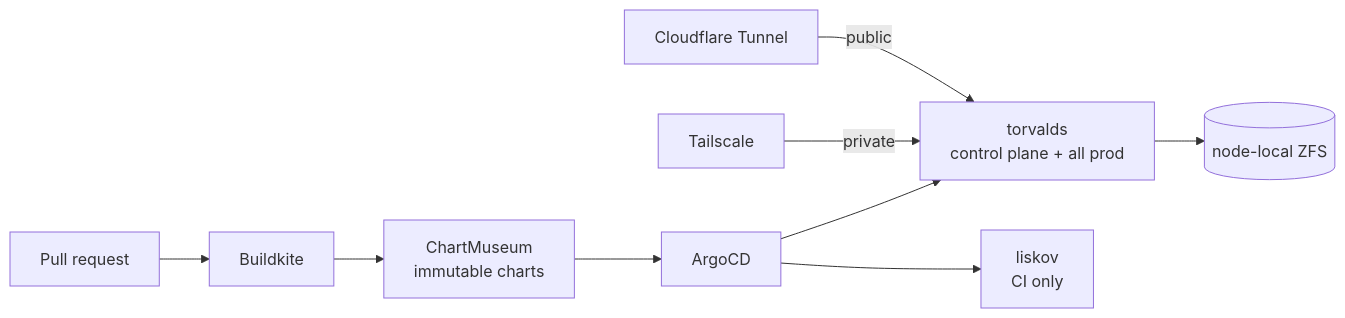
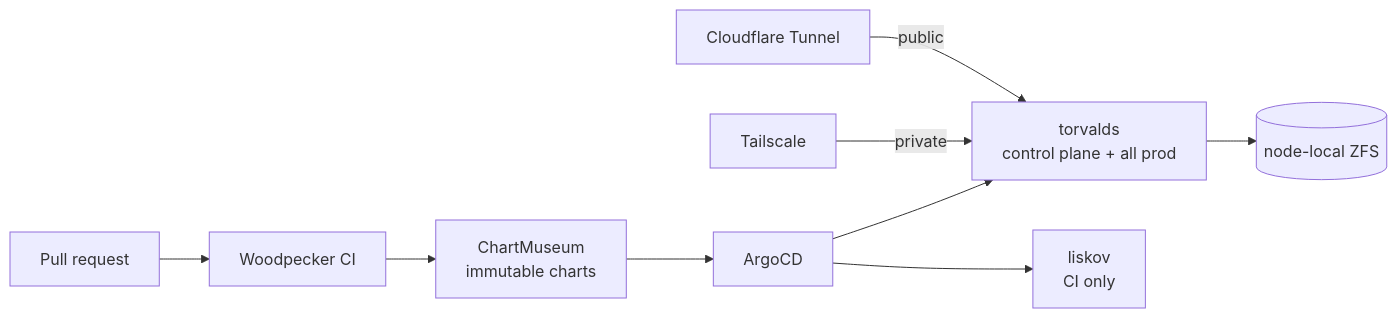
The diagram in packages/docs/wiki/src/content/docs/explanation/homelab/overview.md (shepherdjerred/monorepo), drawn with Mermaid before and after one commit. The commit also changed other lines of this file and 54 other files, not shown here.

````diff
--- a/packages/docs/wiki/src/content/docs/explanation/homelab/overview.md
+++ b/packages/docs/wiki/src/content/docs/explanation/homelab/overview.md
@@ -12,14 +12,14 @@
 ```mermaid
 flowchart LR
   accTitle: Homelab topology
-  accDescr: A pull request builds cdk8s manifests into immutable Helm charts published to ChartMuseum. ArgoCD syncs them onto a two-node Talos cluster. Torvalds is the control plane and runs all production workloads on node-local ZFS volumes. Liskov is a CI-only worker running Buildkite step pods. Tailscale provides private ingress and Cloudflare Tunnel provides public ingress.
+  accDescr: A pull request builds cdk8s manifests into immutable Helm charts published to ChartMuseum. ArgoCD syncs them onto a two-node Talos cluster. Torvalds is the control plane and runs all production workloads on node-local ZFS volumes. Liskov is a CI-only worker running Woodpecker step pods. Tailscale provides private ingress and Cloudflare Tunnel provides public ingress.
 
-  PR[Pull request] --> CI[Buildkite]
+  PR[Pull request] --> CI[Woodpecker CI]
   CI --> CM[ChartMuseum<br/>immutable charts]
   CM --> ARGO[ArgoCD]
   ARGO --> T[torvalds<br/>control plane + all prod]
   ARGO --> L[liskov<br/>CI only]
   T --> ZFS[(node-local ZFS)]
   TS[Tailscale] -->|private| T
   CF[Cloudflare Tunnel] -->|public| T
 ```
````
